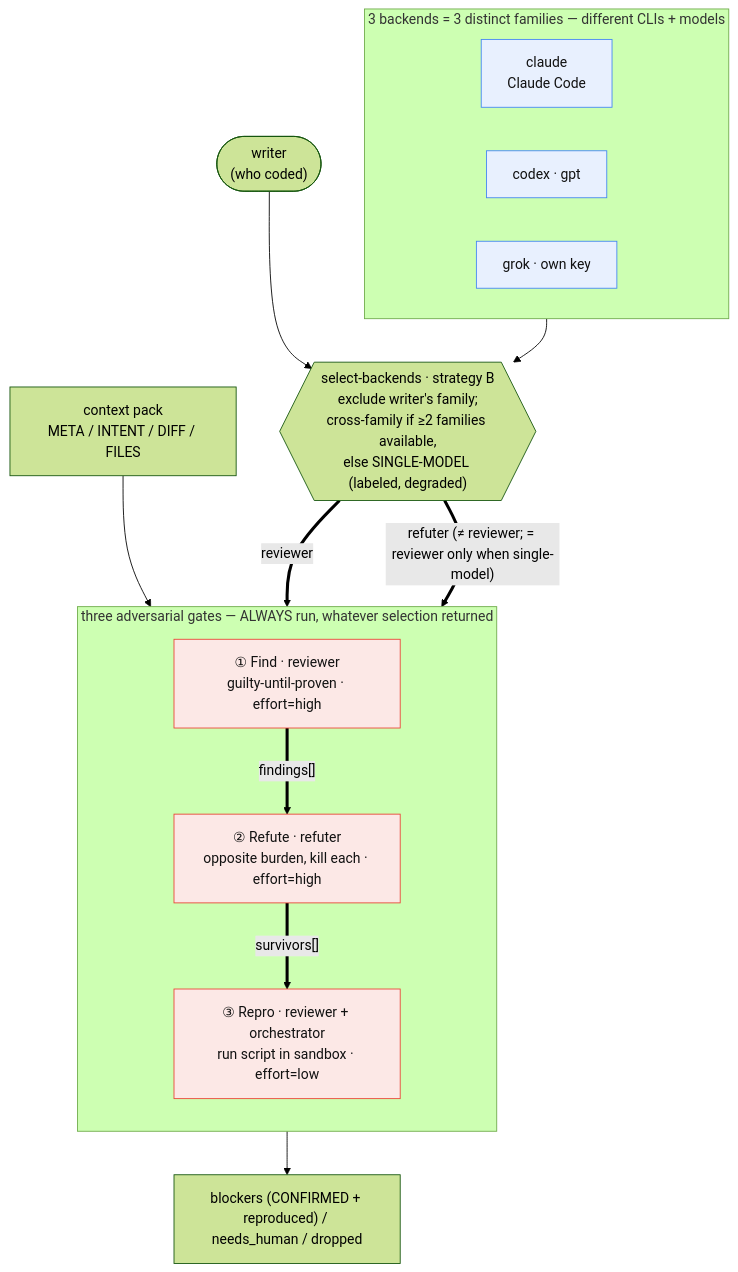
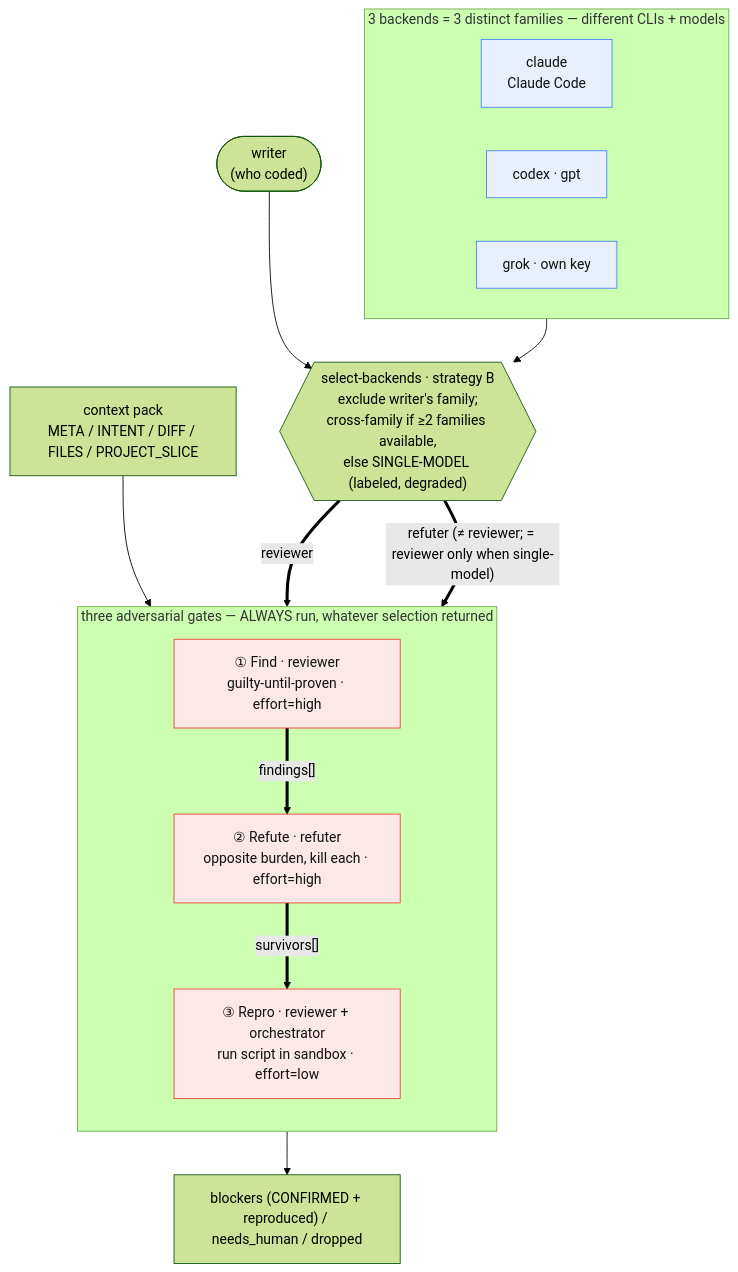
Before and after one commit to yunsii/wezdeck: the diagram in docs/adversarial-review.md, drawn with Mermaid (forest theme). The commit also changed other lines of this file and 7 other files, not shown here.

````diff
--- a/docs/adversarial-review.md
+++ b/docs/adversarial-review.md
@@ -109,32 +109,32 @@
 ```mermaid
 flowchart TB
   W(["writer<br/>(who coded)"])
   subgraph FAM["3 backends = 3 distinct families — different CLIs + models"]
     direction LR
     C["claude<br/>Claude Code"]
     G["codex · gpt"]
     K["grok · own key"]
   end
   W --> SEL{{"select-backends · strategy B<br/>exclude writer's family;<br/>cross-family if ≥2 families available,<br/>else SINGLE-MODEL (labeled, degraded)"}}
   FAM --> SEL
 
-  PACK["context pack<br/>META / INTENT / DIFF / FILES"] --> F
+  PACK["context pack<br/>META / INTENT / DIFF / FILES / PROJECT_SLICE"] --> F
 
   subgraph GATES["three adversarial gates — ALWAYS run, whatever selection returned"]
     direction TB
     F["① Find · reviewer<br/>guilty-until-proven · effort=high"]
     R["② Refute · refuter<br/>opposite burden, kill each · effort=high"]
     E["③ Repro · reviewer + orchestrator<br/>run script in sandbox · effort=low"]
     F ==>|"findings[]"| R
     R ==>|"survivors[]"| E
   end
 
   SEL ==>|"reviewer"| F
   SEL ==>|"refuter (≠ reviewer; = reviewer only when single-model)"| R
   E --> OUT["blockers (CONFIRMED + reproduced) / needs_human / dropped"]
 
   classDef fam fill:#e8f0fe,stroke:#4285f4,color:#111;
   classDef gate fill:#fce8e6,stroke:#ea4335,color:#111;
   class C,G,K fam;
   class F,R,E gate;
 ```
````
